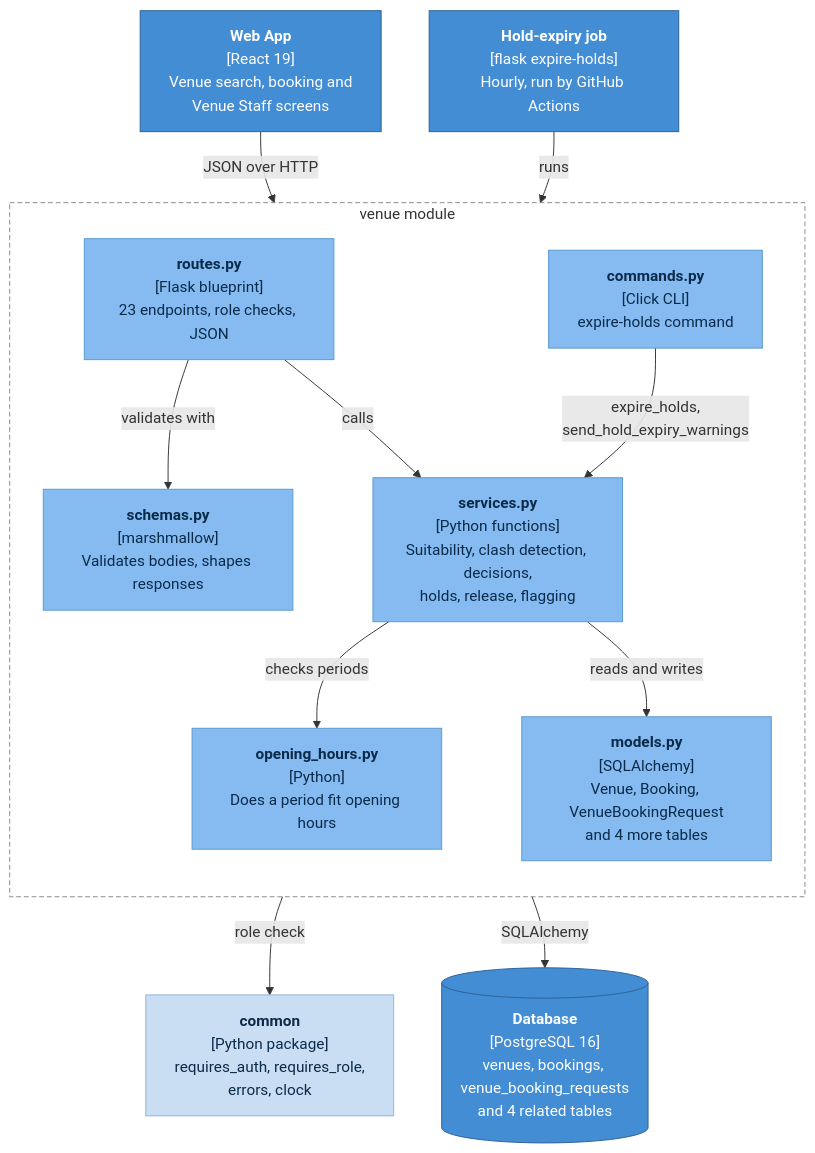
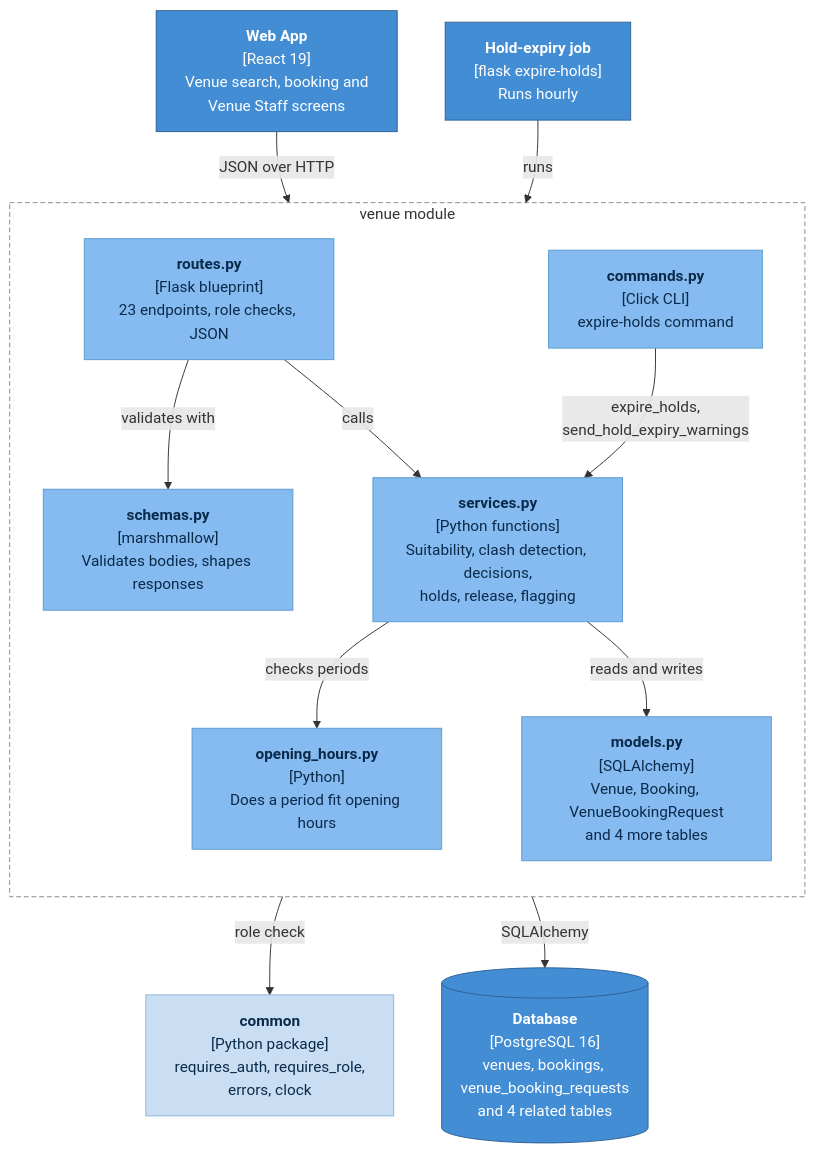
Before and after one commit to cheekfg897/SPM-Software-Project-Management-: the second of 2 diagrams in docs/architecture/03-c4-components.md, drawn with Mermaid. The commit also changed 7 other files, not shown here.

Commit message:
docs(SCRUM-78): remove github actions and telegram bot from C4 diagrams

````diff
--- a/docs/architecture/03-c4-components.md
+++ b/docs/architecture/03-c4-components.md
@@ -59,33 +59,33 @@
 ```mermaid
 flowchart TB
   classDef container fill:#438dd5,stroke:#2e6295,color:#ffffff
   classDef comp fill:#85bbf0,stroke:#5a9bd0,color:#0b2a4a
   classDef shared fill:#c9def2,stroke:#8fb4d9,color:#0b2a4a
 
   web["<b>Web App</b><br/>[React 19]<br/>Venue search, booking and<br/>Venue Staff screens"]:::container
-  job["<b>Hold-expiry job</b><br/>[flask expire-holds]<br/>Hourly, run by GitHub Actions"]:::container
+  job["<b>Hold-expiry job</b><br/>[flask expire-holds]<br/>Runs hourly"]:::container
   common["<b>common</b><br/>[Python package]<br/>requires_auth, requires_role,<br/>errors, clock"]:::shared
   db[("<b>Database</b><br/>[PostgreSQL 16]<br/>venues, bookings, venue_booking_requests<br/>and 4 related tables")]:::container
 
   subgraph venue["venue module"]
     direction TB
     routes["<b>routes.py</b><br/>[Flask blueprint]<br/>23 endpoints, role checks, JSON"]:::comp
     schemas["<b>schemas.py</b><br/>[marshmallow]<br/>Validates bodies, shapes responses"]:::comp
     services["<b>services.py</b><br/>[Python functions]<br/>Suitability, clash detection, decisions,<br/>holds, release, flagging"]:::comp
     hours["<b>opening_hours.py</b><br/>[Python]<br/>Does a period fit opening hours"]:::comp
     models["<b>models.py</b><br/>[SQLAlchemy]<br/>Venue, Booking, VenueBookingRequest<br/>and 4 more tables"]:::comp
     commands["<b>commands.py</b><br/>[Click CLI]<br/>expire-holds command"]:::comp
   end
 
   web -->|"JSON over HTTP"| routes
   routes -->|"role check"| common
   routes -->|"validates with"| schemas
   routes -->|"calls"| services
   services -->|"checks periods"| hours
   services -->|"reads and writes"| models
   models -->|"SQLAlchemy"| db
   job -->|"runs"| commands
   commands -->|"expire_holds,<br/>send_hold_expiry_warnings"| services
 
   style venue fill:none,stroke:#888888,stroke-dasharray:5 3
 ```
````
